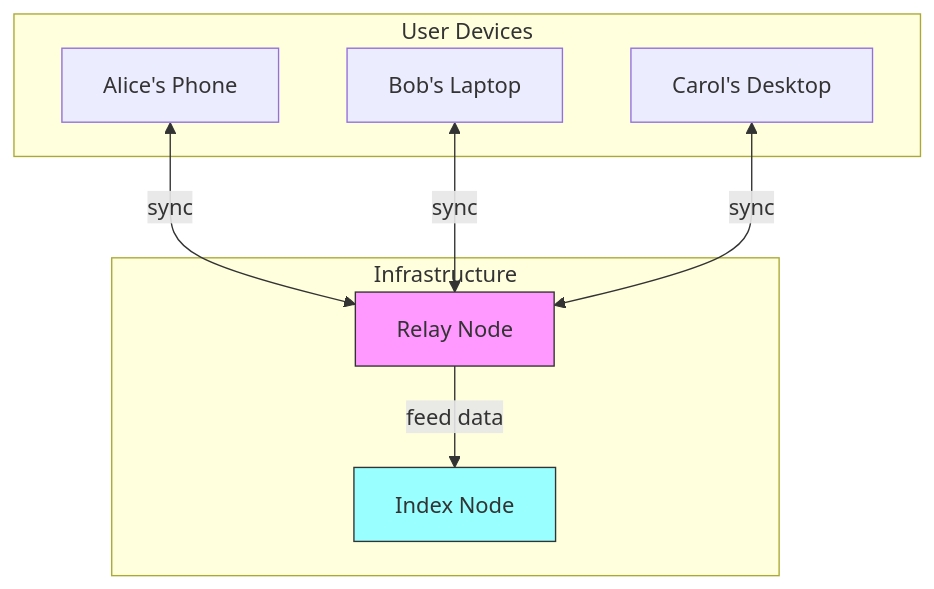
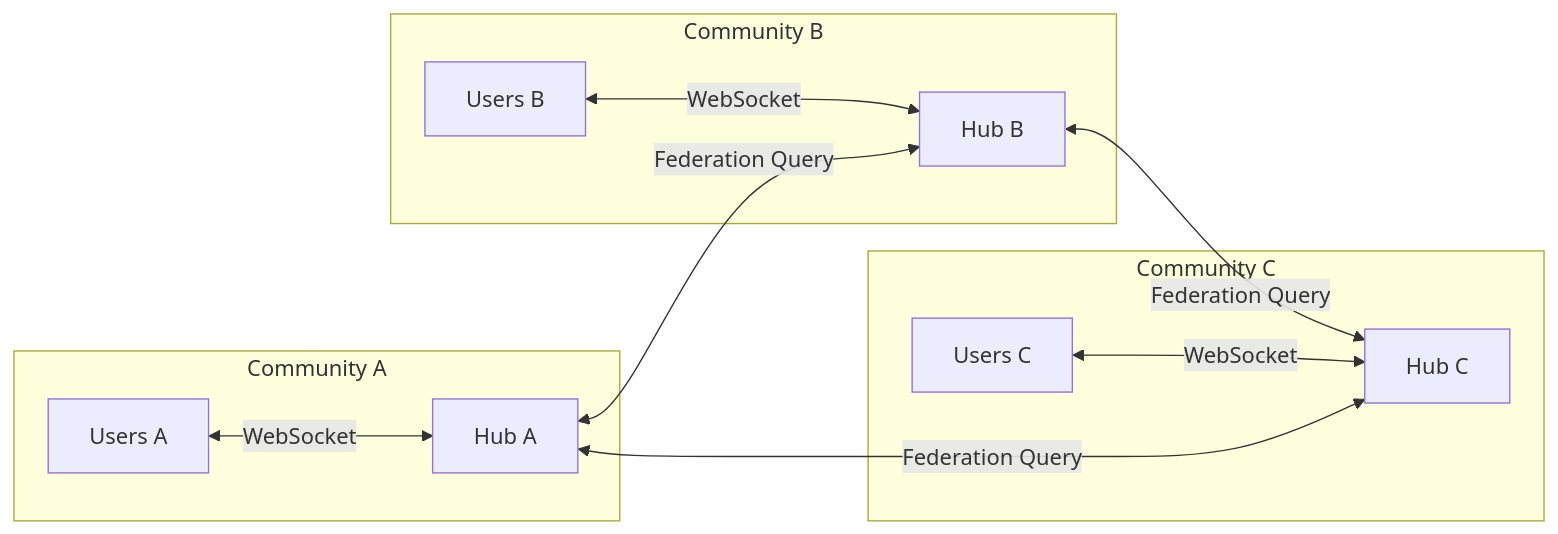
The sixth of 11 diagrams in docs/explorations/MASTODON_SOCIAL_NETWORKING.md (crs48/xNet), drawn with Mermaid before and after one commit. The commit also changed other lines of this file, not shown here.

Commit message:
docs(explorations): integrate Hub infrastructure into social networking exploration

````diff
--- a/docs/explorations/MASTODON_SOCIAL_NETWORKING.md
+++ b/docs/explorations/MASTODON_SOCIAL_NETWORKING.md
@@ -275,21 +389,25 @@
 ```mermaid
-graph TB
-    subgraph "User Devices"
-        A[Alice's Phone]
-        B[Bob's Laptop]
-        C[Carol's Desktop]
+graph LR
+    subgraph "Community A"
+        UA[Users A]
+        HA[Hub A]
     end
 
-    subgraph "Infrastructure"
-        R[Relay Node]
-        I[Index Node]
+    subgraph "Community B"
+        UB[Users B]
+        HB[Hub B]
     end
 
-    A <-->|sync| R
-    B <-->|sync| R
-    C <-->|sync| R
-    R -->|feed data| I
+    subgraph "Community C"
+        UC[Users C]
+        HC[Hub C]
+    end
 
-    style R fill:#f9f,stroke:#333
-    style I fill:#9ff,stroke:#333
+    UA <-->|WebSocket| HA
+    UB <-->|WebSocket| HB
+    UC <-->|WebSocket| HC
+
+    HA <-->|Federation Query| HB
+    HB <-->|Federation Query| HC
+    HA <-->|Federation Query| HC
 ```
````
